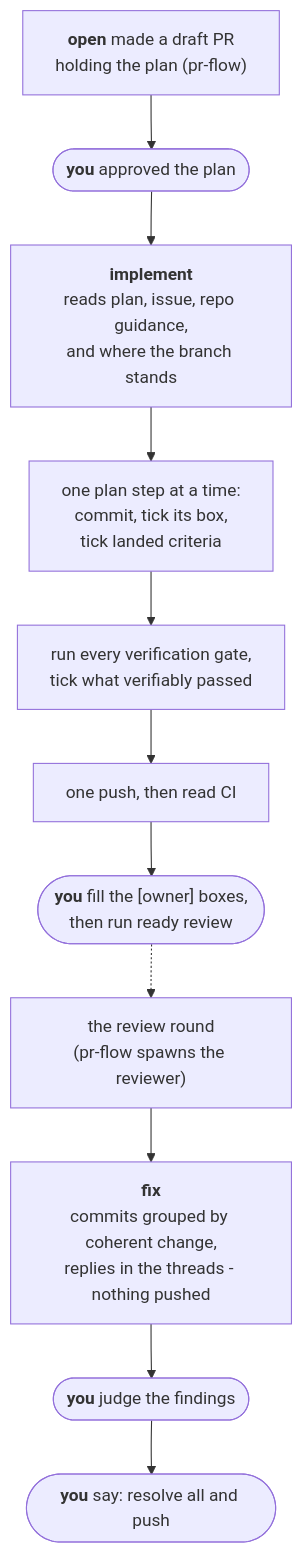
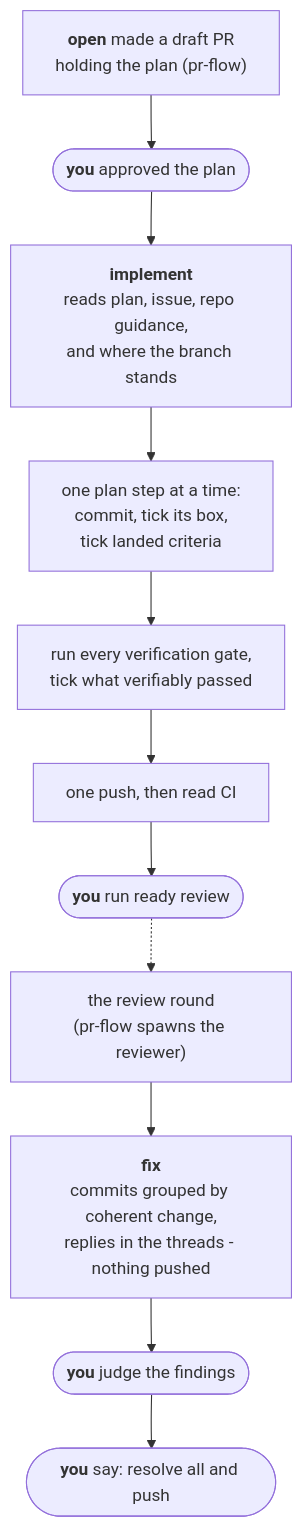
The diagram in plugins/gh-solo/skills/implement/README.md (izkreny/agentifico), drawn with Mermaid before and after one commit. The commit also changed other lines of this file and 36 other files, not shown here.

````diff
--- a/plugins/gh-solo/skills/implement/README.md
+++ b/plugins/gh-solo/skills/implement/README.md
@@ -11,13 +22,13 @@
 ```mermaid
 flowchart TD
     A["<b>open</b> made a draft PR<br/>holding the plan (pr-flow)"] --> STOP(["<b>you</b> approved the plan"])
     STOP --> B["<b>implement</b><br/>reads plan, issue, repo guidance,<br/>and where the branch stands"]
     B --> C["one plan step at a time:<br/>commit, tick its box,<br/>tick landed criteria"]
     C --> D["run every verification gate,<br/>tick what verifiably passed"]
     D --> E["one push, then read CI"]
-    E --> F(["<b>you</b> fill the [owner] boxes,<br/>then run ready review"])
+    E --> F(["<b>you</b> run ready review"])
     F -.-> G["the review round<br/>(pr-flow spawns the reviewer)"]
     G --> I["<b>fix</b><br/>commits grouped by coherent change,<br/>replies in the threads - nothing pushed"]
     I --> H(["<b>you</b> judge the findings"])
     H --> J(["<b>you</b> say: resolve all and push"])
 ```
````
